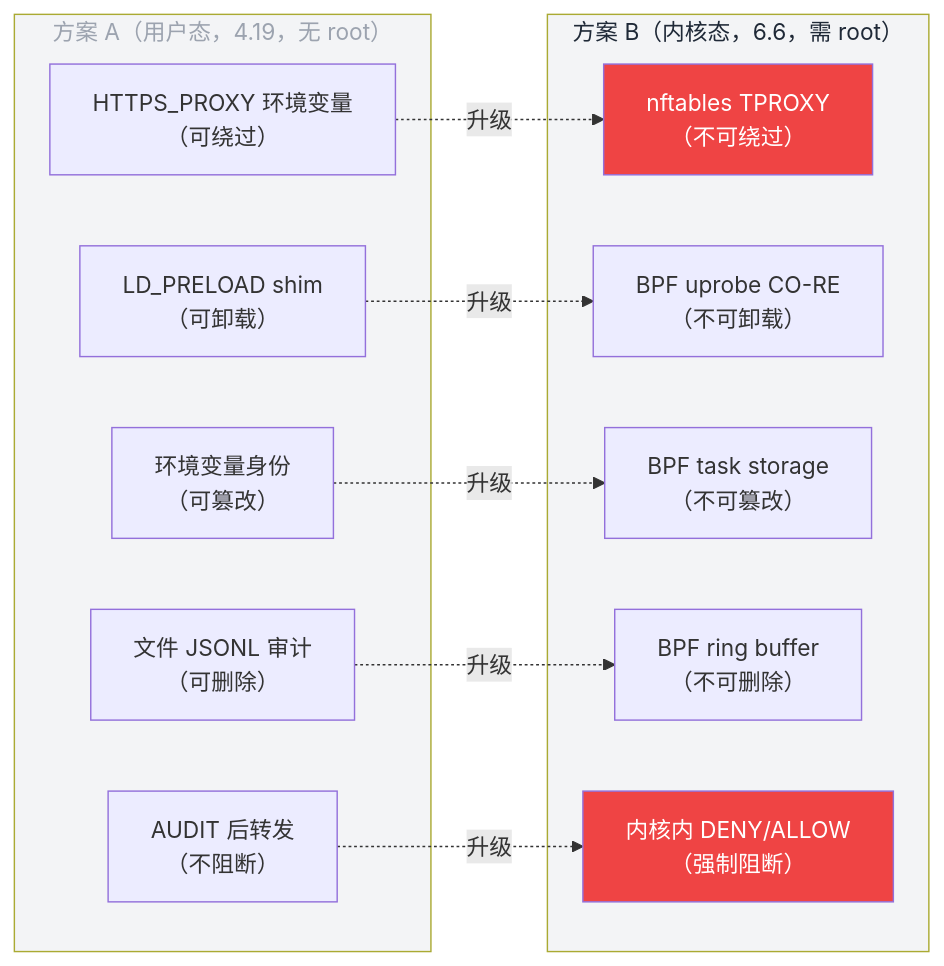
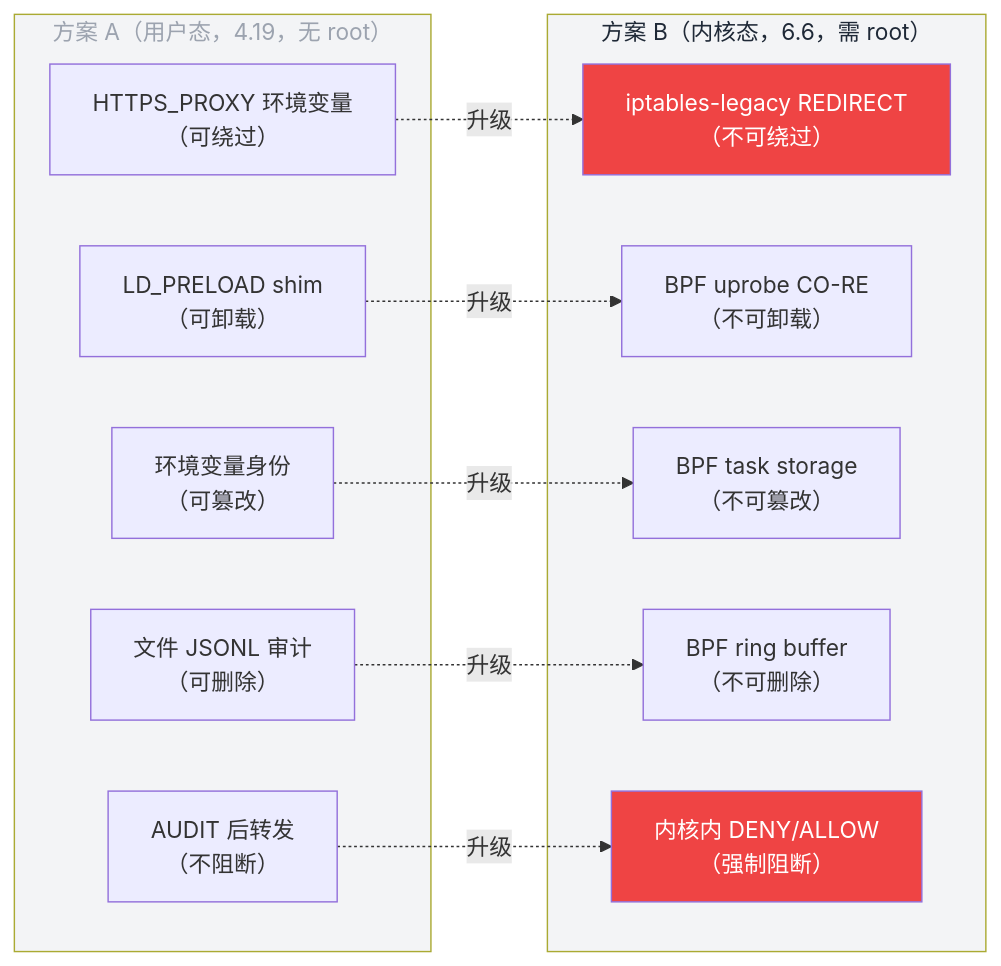
One commit to eric2023/agentgateway changed the second of 4 diagrams in specs/方案B_BPF-LSM内核级管控_6.6内核.md. Above: the diagram before and after it, drawn with Mermaid. The commit also changed other lines of this file and 8 other files, not shown here.

````diff
--- a/specs/方案B_BPF-LSM内核级管控_6.6内核.md
+++ b/specs/方案B_BPF-LSM内核级管控_6.6内核.md
@@ -69,29 +69,29 @@
 ```mermaid
 graph LR
     subgraph 方案A["方案 A（用户态，4.19，无 root）"]
         A1["HTTPS_PROXY 环境变量<br/>（可绕过）"]
         A2["LD_PRELOAD shim<br/>（可卸载）"]
         A3["环境变量身份<br/>（可篡改）"]
         A4["文件 JSONL 审计<br/>（可删除）"]
         A5["AUDIT 后转发<br/>（不阻断）"]
     end
 
     subgraph 方案B["方案 B（内核态，6.6，需 root）"]
-        B1["nftables TPROXY<br/>（不可绕过）"]
+        B1["iptables-legacy REDIRECT<br/>（不可绕过）"]
         B2["BPF uprobe CO-RE<br/>（不可卸载）"]
         B3["BPF task storage<br/>（不可篡改）"]
         B4["BPF ring buffer<br/>（不可删除）"]
         B5["内核内 DENY/ALLOW<br/>（强制阻断）"]
     end
 
     A1 -.->|"升级"| B1
     A2 -.->|"升级"| B2
     A3 -.->|"升级"| B3
     A4 -.->|"升级"| B4
     A5 -.->|"升级"| B5
 
     style 方案A fill:#f3f4f6,color:#9ca3af
     style 方案B fill:#f3f4f6,color:#1f2937
     style B1 fill:#ef4444,color:#fff
     style B5 fill:#ef4444,color:#fff
 ```
````
